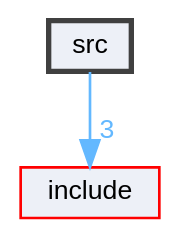
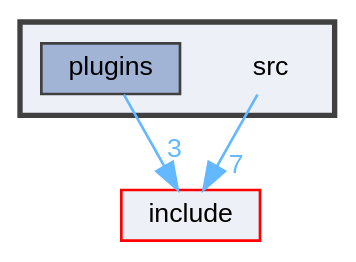
Before and after one commit to sami-hmr/R-Type: the diagram in dir_68267d1309a1af8e8297ef4c3efbcdba_dep.dot, drawn with Graphviz. The commit also changed 176 other files, not shown here.

```diff
--- a/dir_68267d1309a1af8e8297ef4c3efbcdba_dep.dot
+++ b/dir_68267d1309a1af8e8297ef4c3efbcdba_dep.dot
@@ -1,11 +1,16 @@
 digraph "src"
 {
  // LATEX_PDF_SIZE
   bgcolor="transparent";
   edge [fontname=Helvetica,fontsize=10,labelfontname=Helvetica,labelfontsize=10];
   node [fontname=Helvetica,fontsize=10,shape=box,height=0.2,width=0.4];
   compound=true
-  dir_68267d1309a1af8e8297ef4c3efbcdba [label="src", fillcolor="#edf0f7", color="grey25", style="filled,bold", URL="dir_68267d1309a1af8e8297ef4c3efbcdba.html",tooltip=""];
+  subgraph clusterdir_68267d1309a1af8e8297ef4c3efbcdba {
+    graph [ bgcolor="#edf0f7", pencolor="grey25", label="", fontname=Helvetica,fontsize=10 style="filled,bold", URL="dir_68267d1309a1af8e8297ef4c3efbcdba.html",tooltip=""]
+    dir_68267d1309a1af8e8297ef4c3efbcdba [shape=plaintext, label="src"];
+  dir_7020b8b7abcceffa3f9f7a2d24718f16 [label="plugins", fillcolor="#a2b4d6", color="grey25", style="filled", URL="dir_7020b8b7abcceffa3f9f7a2d24718f16.html",tooltip=""];
+  }
   dir_d44c64559bbebec7f509842c48db8b23 [label="include", fillcolor="#edf0f7", color="red", style="filled", URL="dir_d44c64559bbebec7f509842c48db8b23.html",tooltip=""];
-  dir_68267d1309a1af8e8297ef4c3efbcdba->dir_d44c64559bbebec7f509842c48db8b23 [headlabel="3", labeldistance=1.5 headhref="dir_000006_000002.html" href="dir_000006_000002.html" color="steelblue1" fontcolor="steelblue1"];
+  dir_68267d1309a1af8e8297ef4c3efbcdba->dir_d44c64559bbebec7f509842c48db8b23 [headlabel="7", labeldistance=1.5 headhref="dir_000007_000002.html" href="dir_000007_000002.html" color="steelblue1" fontcolor="steelblue1"];
+  dir_7020b8b7abcceffa3f9f7a2d24718f16->dir_d44c64559bbebec7f509842c48db8b23 [headlabel="3", labeldistance=1.5 headhref="dir_000006_000002.html" href="dir_000006_000002.html" color="steelblue1" fontcolor="steelblue1"];
 }
```
